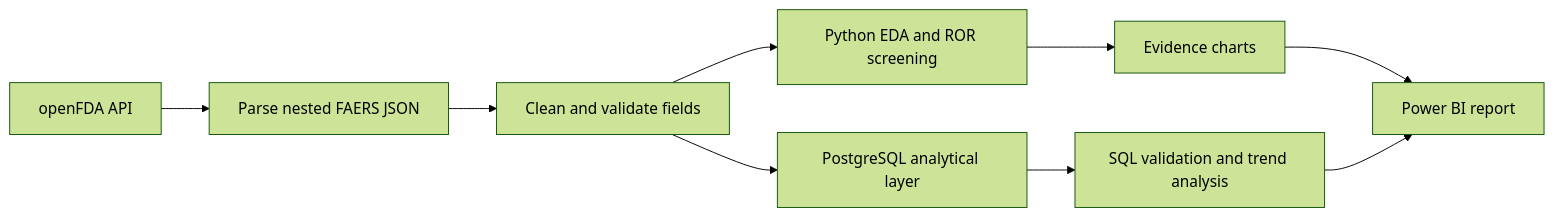
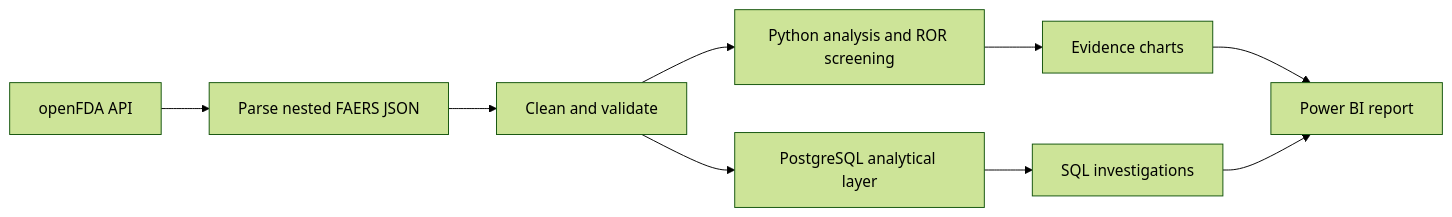
One commit to dineshbarri/medsignal-analytics changed the diagram in README.md. Above: the diagram before and after it, drawn with Mermaid (forest theme). The commit also changed other lines of this file and 2 other files, not shown here.

````diff
--- a/README.md
+++ b/README.md
@@ -103,11 +82,11 @@
 ```mermaid
 flowchart LR
     A["openFDA API"] --> B["Parse nested FAERS JSON"]
-    B --> C["Clean and validate fields"]
-    C --> D["Python EDA and ROR screening"]
+    B --> C["Clean and validate"]
+    C --> D["Python analysis and ROR screening"]
     C --> E["PostgreSQL analytical layer"]
     D --> F["Evidence charts"]
-    E --> G["SQL validation and trend analysis"]
+    E --> G["SQL investigations"]
     F --> H["Power BI report"]
     G --> H
 ```
````
